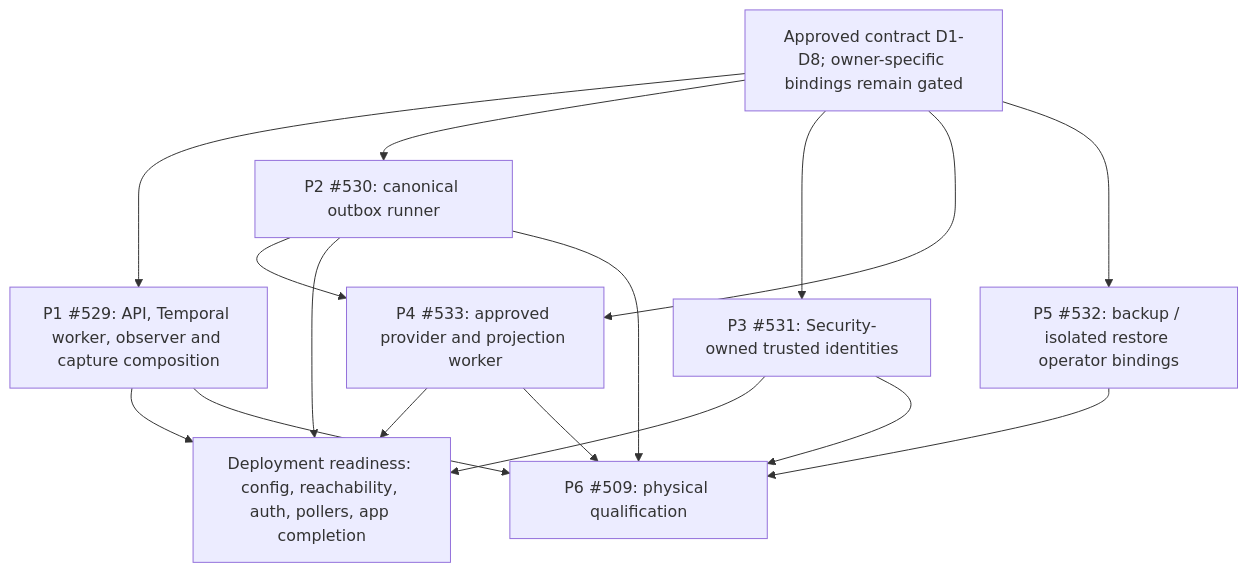
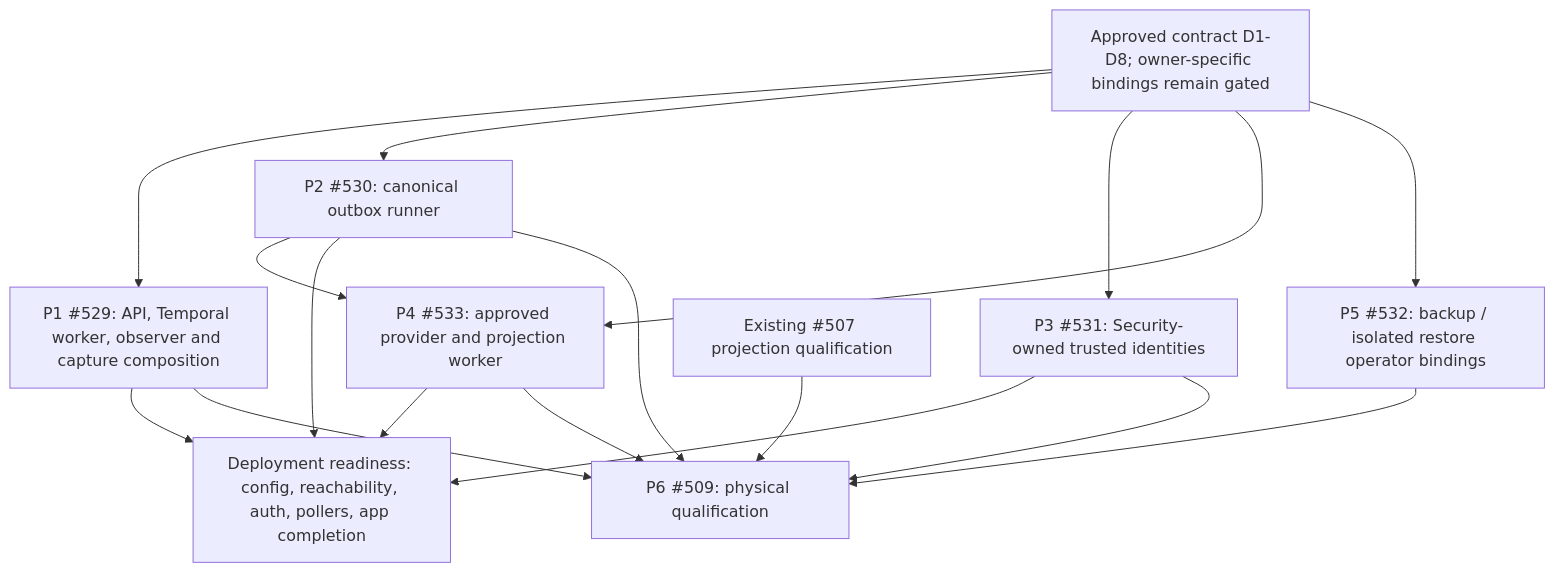
The diagram in docs/specs/issue-509-production-composition-handoff.md (alkselsv/spine), drawn with Mermaid before and after one commit.

Commit message:
docs(509): show existing projection qualification blocker

````diff
--- a/docs/specs/issue-509-production-composition-handoff.md
+++ b/docs/specs/issue-509-production-composition-handoff.md
@@ -108,26 +108,28 @@
 ```mermaid
 flowchart TD
   A[Approved contract D1-D8; owner-specific bindings remain gated]
   B[P1 #529: API, Temporal worker, observer and capture composition]
   C[P2 #530: canonical outbox runner]
   D[P3 #531: Security-owned trusted identities]
   E[P4 #533: approved provider and projection worker]
   F[P5 #532: backup / isolated restore operator bindings]
   G[Deployment readiness: config, reachability, auth, pollers, app completion]
   H[P6 #509: physical qualification]
+  I[Existing #507 projection qualification]
   A --> B
   A --> C
   A --> D
   A --> E
   A --> F
   C --> E
+  I --> H
   B --> G
   C --> G
   D --> G
   E --> G
   B --> H
   C --> H
   D --> H
   E --> H
   F --> H
 ```
````
